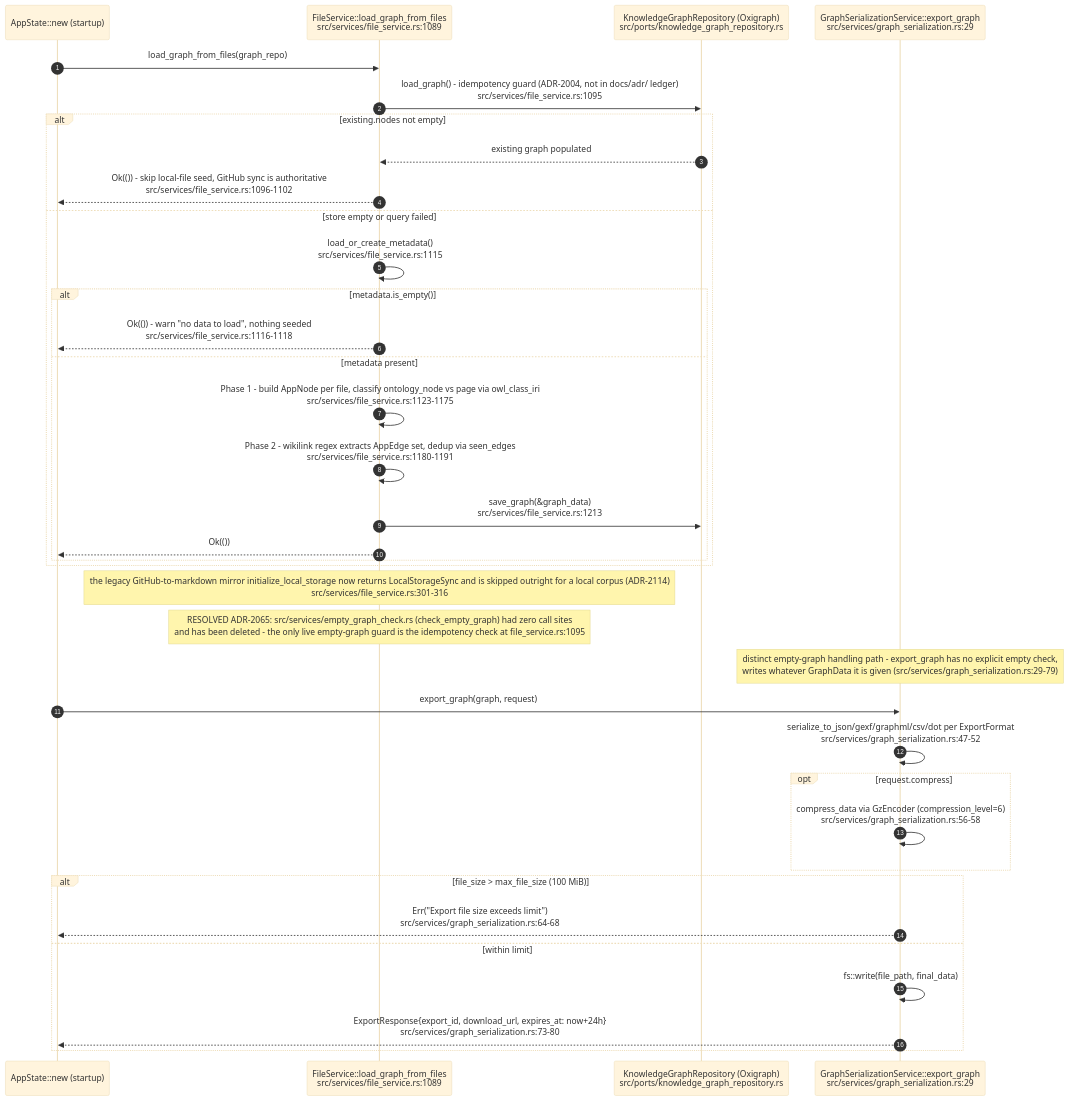
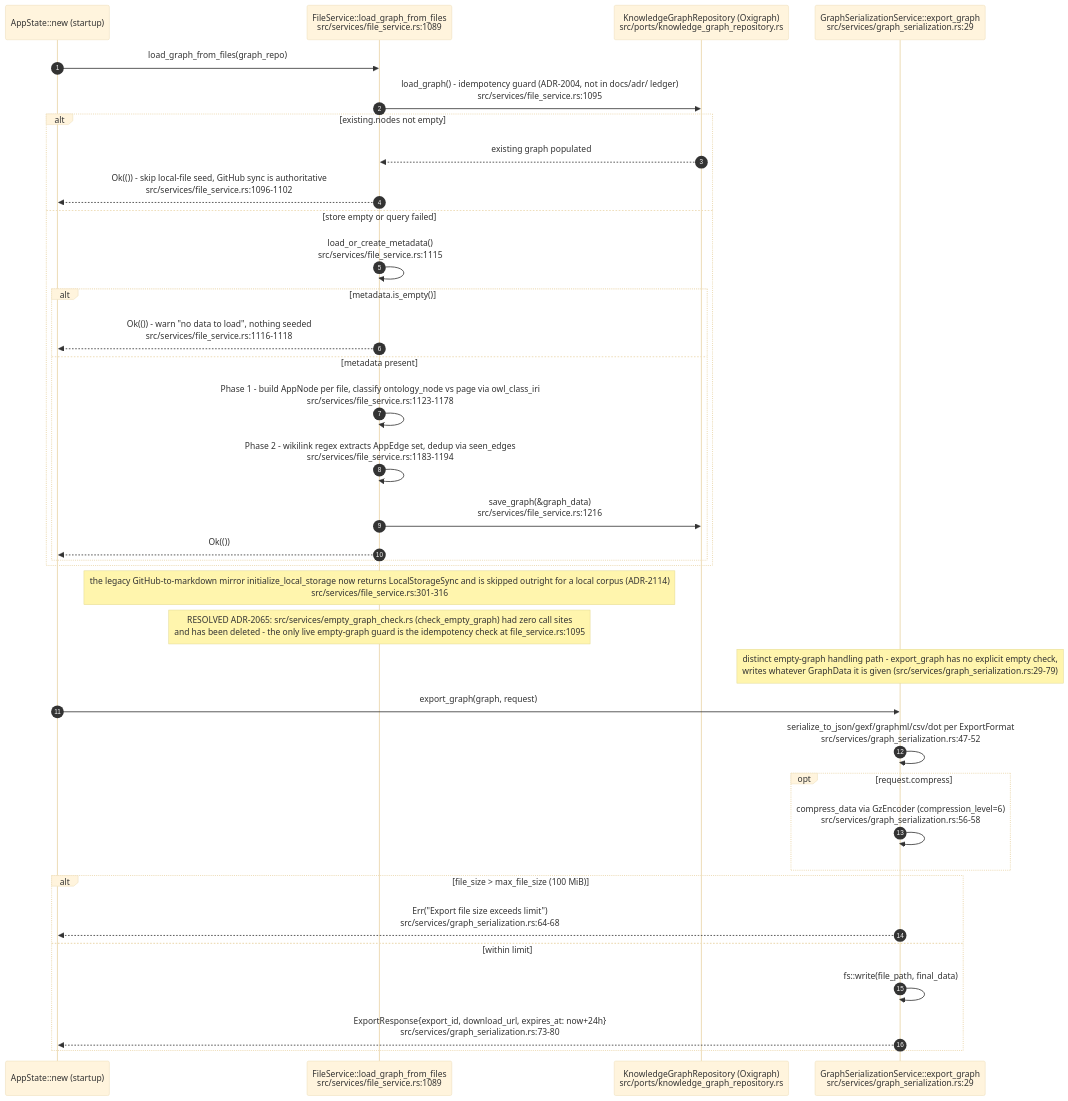
Diagram 11 of 12 in docs/diagrams/visionclaw/25-insight-kpi-nlq-semantics.md (DreamLab-AI/VisionFlow), drawn with Mermaid (base theme) before and after one commit. The commit also changed other lines of this file and 56 other files, not shown here.

First line of the commit message:
docs(diagrams): re-verify VisionClaw topics at ec785afa9, add VC-19/56/57 and the VisionClaw register

````diff
--- a/docs/diagrams/visionclaw/25-insight-kpi-nlq-semantics.md
+++ b/docs/diagrams/visionclaw/25-insight-kpi-nlq-semantics.md
@@ -441,41 +451,41 @@
 ```mermaid
 sequenceDiagram
     autonumber
     participant Boot as AppState::new (startup)
     participant FS as FileService::load_graph_from_files<br/>src/services/file_service.rs:1089
     participant Repo as KnowledgeGraphRepository (Oxigraph)<br/>src/ports/knowledge_graph_repository.rs
     participant GSS as GraphSerializationService::export_graph<br/>src/services/graph_serialization.rs:29
 
     Boot->>FS: load_graph_from_files(graph_repo)
     FS->>Repo: load_graph() - idempotency guard (ADR-2004, not in docs/adr/ ledger)<br/>src/services/file_service.rs:1095
     alt existing.nodes not empty
         Repo-->>FS: existing graph populated
         FS-->>Boot: Ok(()) - skip local-file seed, GitHub sync is authoritative<br/>src/services/file_service.rs:1096-1102
     else store empty or query failed
         FS->>FS: load_or_create_metadata()<br/>src/services/file_service.rs:1115
         alt metadata.is_empty()
             FS-->>Boot: Ok(()) - warn "no data to load", nothing seeded<br/>src/services/file_service.rs:1116-1118
         else metadata present
-            FS->>FS: Phase 1 - build AppNode per file, classify ontology_node vs page via owl_class_iri<br/>src/services/file_service.rs:1123-1175
-            FS->>FS: Phase 2 - wikilink regex extracts AppEdge set, dedup via seen_edges<br/>src/services/file_service.rs:1180-1191
-            FS->>Repo: save_graph(&graph_data)<br/>src/services/file_service.rs:1213
+            FS->>FS: Phase 1 - build AppNode per file, classify ontology_node vs page via owl_class_iri<br/>src/services/file_service.rs:1123-1178
+            FS->>FS: Phase 2 - wikilink regex extracts AppEdge set, dedup via seen_edges<br/>src/services/file_service.rs:1183-1194
+            FS->>Repo: save_graph(&graph_data)<br/>src/services/file_service.rs:1216
             FS-->>Boot: Ok(())
         end
     end
 
     Note over FS: the legacy GitHub-to-markdown mirror initialize_local_storage now returns LocalStorageSync and is skipped outright for a local corpus (ADR-2114)<br/>src/services/file_service.rs:301-316
     Note over FS: RESOLVED ADR-2065: src/services/empty_graph_check.rs (check_empty_graph) had zero call sites<br/>and has been deleted - the only live empty-graph guard is the idempotency check at file_service.rs:1095
 
     Note over GSS: distinct empty-graph handling path - export_graph has no explicit empty check,<br/>writes whatever GraphData it is given (src/services/graph_serialization.rs:29-79)
     Boot->>GSS: export_graph(graph, request)
     GSS->>GSS: serialize_to_json/gexf/graphml/csv/dot per ExportFormat<br/>src/services/graph_serialization.rs:47-52
     opt request.compress
         GSS->>GSS: compress_data via GzEncoder (compression_level=6)<br/>src/services/graph_serialization.rs:56-58
     end
     alt file_size > max_file_size (100 MiB)
         GSS-->>Boot: Err("Export file size exceeds limit")<br/>src/services/graph_serialization.rs:64-68
     else within limit
         GSS->>GSS: fs::write(file_path, final_data)
         GSS-->>Boot: ExportResponse{export_id, download_url, expires_at: now+24h}<br/>src/services/graph_serialization.rs:73-80
     end
 ```
````
